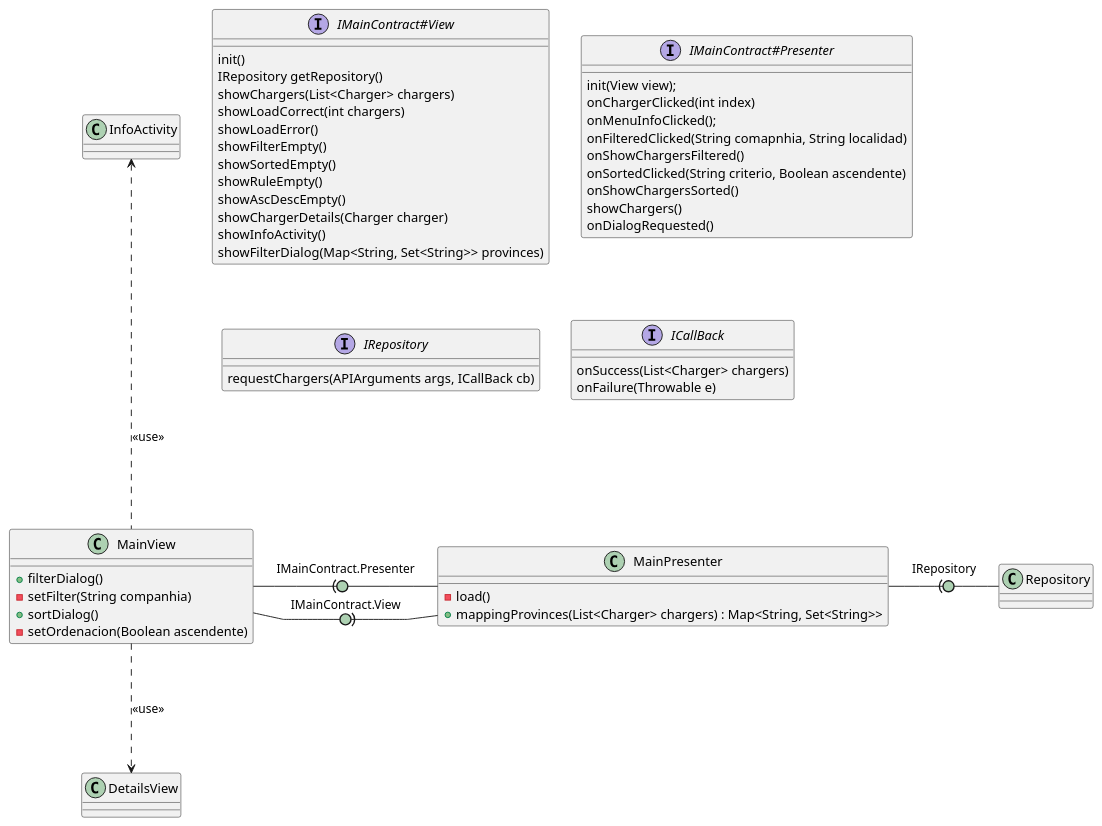
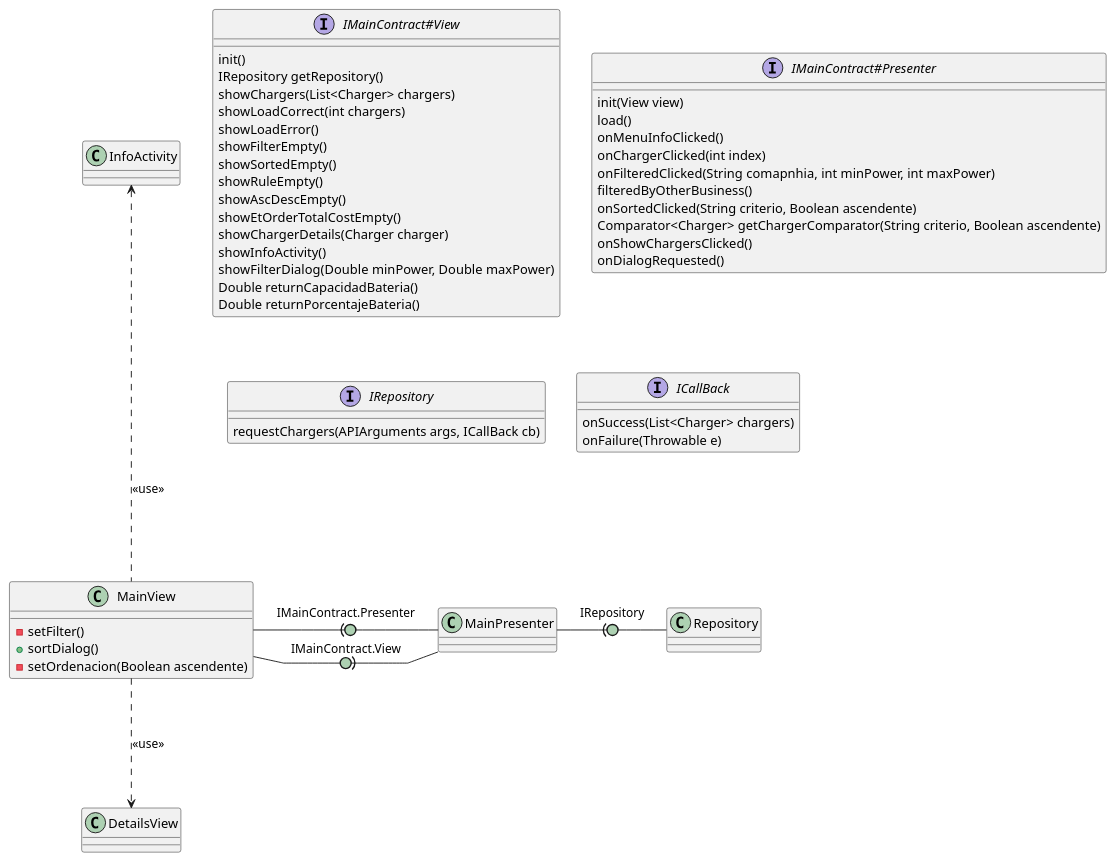
Before and after one commit to isunican/App-CarChargers-Grupo2: the diagram in Docs/Models/arquitectura.puml, drawn with PlantUML.

```diff
--- a/Docs/Models/arquitectura.puml
+++ b/Docs/Models/arquitectura.puml
@@ -1,67 +1,69 @@
 @startuml arquitectura
 
 skinparam linetype polyline
 skinparam arrowLollipopColor #ADD1B2
 
 MainView -right(0- MainPresenter : IMainContract.Presenter
 MainView -right0)- MainPresenter : IMainContract.View
 MainView -up..-> InfoActivity : <<use>>
 MainView -down..> DetailsView : <<use>>
 MainPresenter -right(0- Repository : IRepository
 
 together {
   interface IMainContract#View
   interface IMainContract#Presenter
   interface IRepository
   interface ICallBack
 }
 
 interface IMainContract#View {
     init()
     IRepository getRepository()
     showChargers(List<Charger> chargers)
     showLoadCorrect(int chargers)
     showLoadError()
     showFilterEmpty()
     showSortedEmpty()
     showRuleEmpty()
     showAscDescEmpty()
+    showEtOrderTotalCostEmpty()
     showChargerDetails(Charger charger)
     showInfoActivity()
-    showFilterDialog(Map<String, Set<String>> provinces)
+    showFilterDialog(Double minPower, Double maxPower)
+    Double returnCapacidadBateria()
+    Double returnPorcentajeBateria()
 }
 
 interface IMainContract#Presenter {
-   init(View view);
+   init(View view)
+   load()
+   onMenuInfoClicked()
    onChargerClicked(int index)
-   onMenuInfoClicked();
-   onFilteredClicked(String comapnhia, String localidad)
-   onShowChargersFiltered()
+   onFilteredClicked(String comapnhia, int minPower, int maxPower)
+   filteredByOtherBusiness()
    onSortedClicked(String criterio, Boolean ascendente)
-   onShowChargersSorted()
-   showChargers()
+   Comparator<Charger> getChargerComparator(String criterio, Boolean ascendente) 
+   onShowChargersClicked()
    onDialogRequested()
 }
 
 interface IRepository {
     requestChargers(APIArguments args, ICallBack cb)
 }
 
 interface ICallBack {
     onSuccess(List<Charger> chargers)
     onFailure(Throwable e)
 }
 
 class MainPresenter {
-    -load()
-    +mappingProvinces(List<Charger> chargers) : Map<String, Set<String>> 
+
 }
 
 class MainView {
-    +filterDialog()
-    -setFilter(String companhia)
+    -setFilter()
     +sortDialog()
     -setOrdenacion(Boolean ascendente) 
 }
 
 @enduml
```
